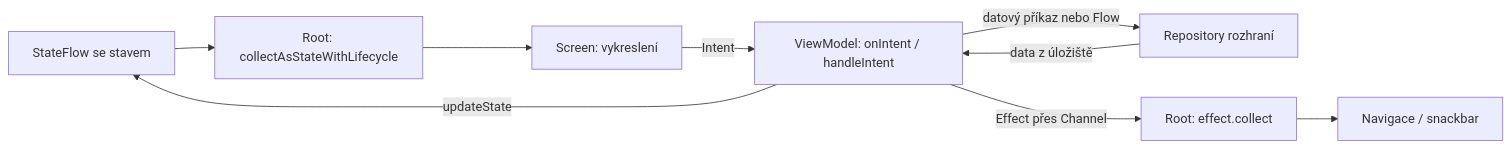
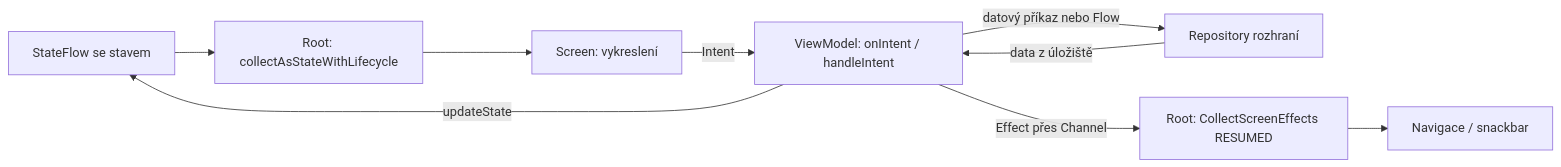
One commit to Yhdista/ContentApp changed the first of 3 diagrams in docs/mvi.md. Above: the diagram before and after it, drawn with Mermaid. The commit also changed other lines of this file and 27 other files, not shown here.

````diff
--- a/docs/mvi.md
+++ b/docs/mvi.md
@@ -9,11 +9,11 @@
 ```mermaid
 flowchart LR
     State[StateFlow se stavem] --> Root[Root: collectAsStateWithLifecycle]
     Root --> Screen[Screen: vykreslení]
     Screen -->|Intent| VM[ViewModel: onIntent / handleIntent]
     VM -->|updateState| State
     VM -->|datový příkaz nebo Flow| Repo[Repository rozhraní]
     Repo -->|data z úložiště| VM
-    VM -->|Effect přes Channel| Effects[Root: effect.collect]
+    VM -->|Effect přes Channel| Effects[Root: CollectScreenEffects RESUMED]
     Effects --> Nav[Navigace / snackbar]
 ```
````
